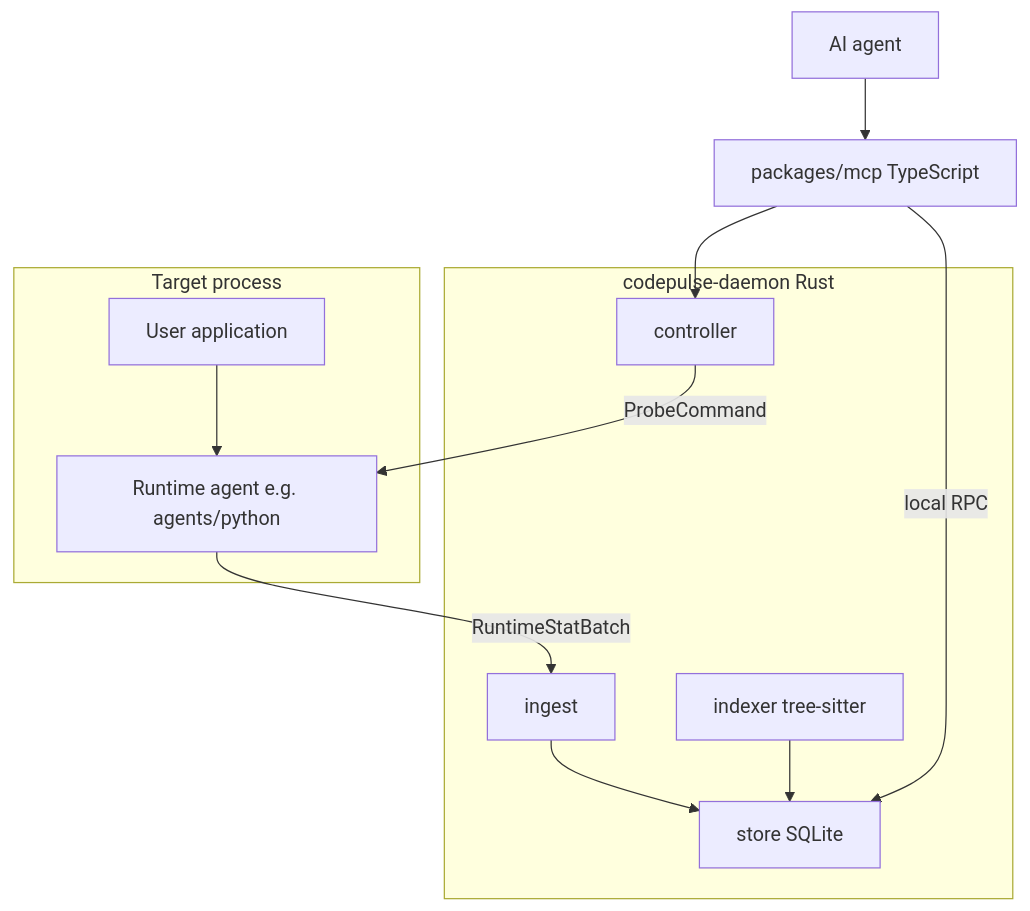
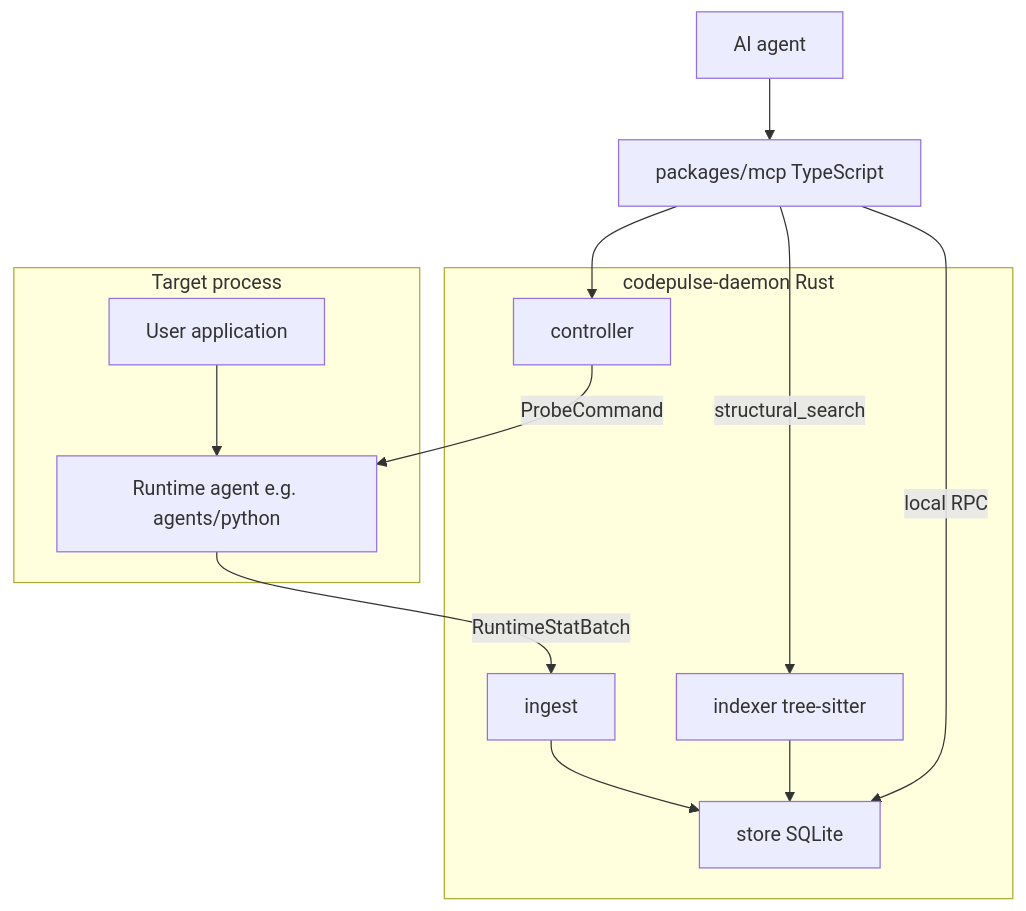
Before and after one commit to detroitpro/codepulse: the diagram in docs/ARCHITECTURE.md, drawn with Mermaid. The commit also changed other lines of this file and 7 other files, not shown here.

First line of the commit message:
Document indexer-backed structural search for MCP

````diff
--- a/docs/ARCHITECTURE.md
+++ b/docs/ARCHITECTURE.md
@@ -17,26 +17,27 @@
 ```mermaid
 flowchart TB
   subgraph target [Target process]
     App[User application]
     Agent[Runtime agent e.g. agents/python]
     App --> Agent
   end
 
   subgraph daemon [codepulse-daemon Rust]
     Ingest[ingest]
     Store[store SQLite]
     Indexer[indexer tree-sitter]
     Controller[controller]
   end
 
   MCP[packages/mcp TypeScript]
   AI[AI agent]
 
   Agent -->|RuntimeStatBatch| Ingest
   Controller -->|ProbeCommand| Agent
   Ingest --> Store
   Indexer --> Store
   MCP -->|local RPC| Store
   MCP --> Controller
+  MCP -->|structural_search| Indexer
   AI --> MCP
 ```
````
